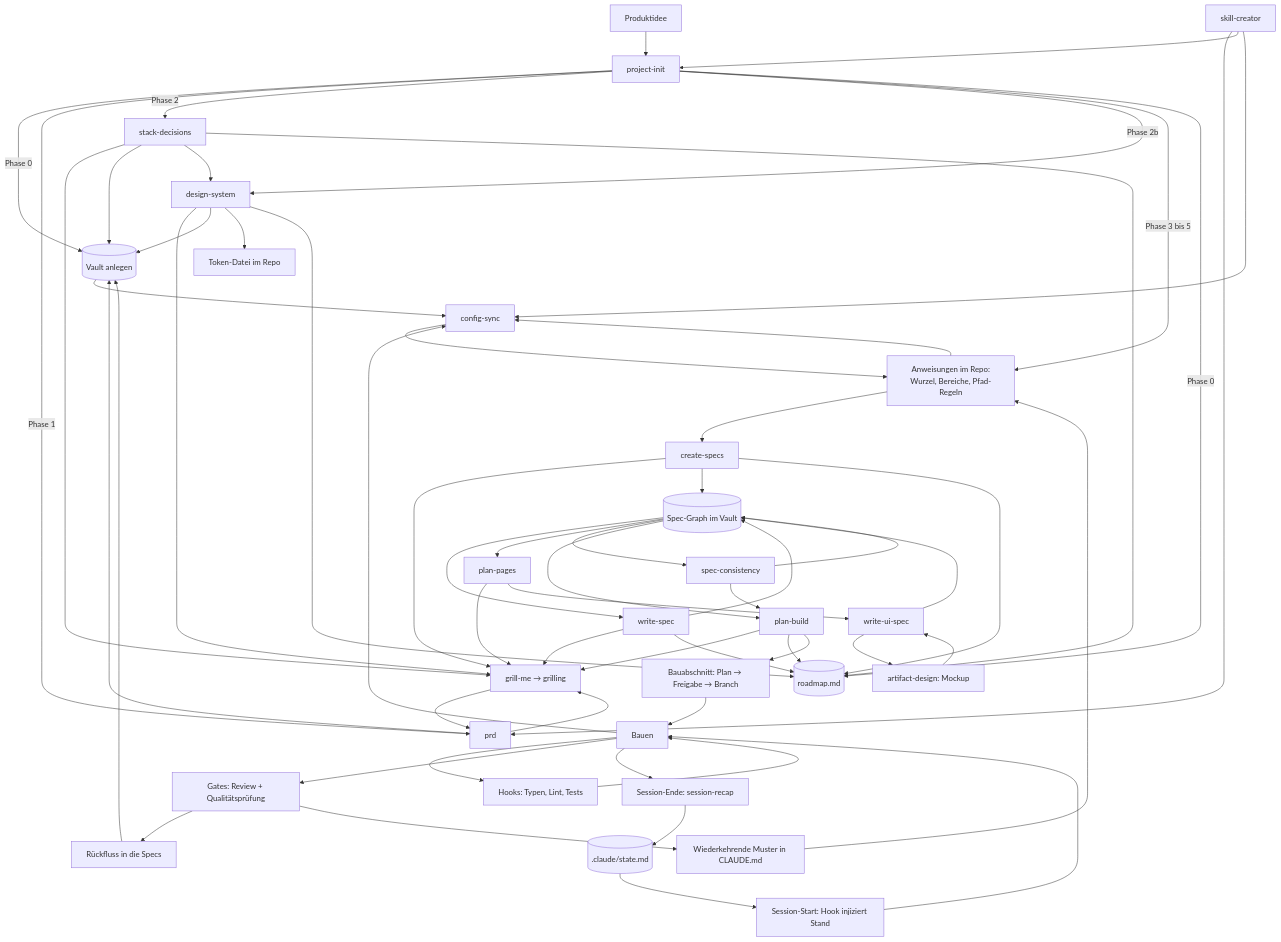
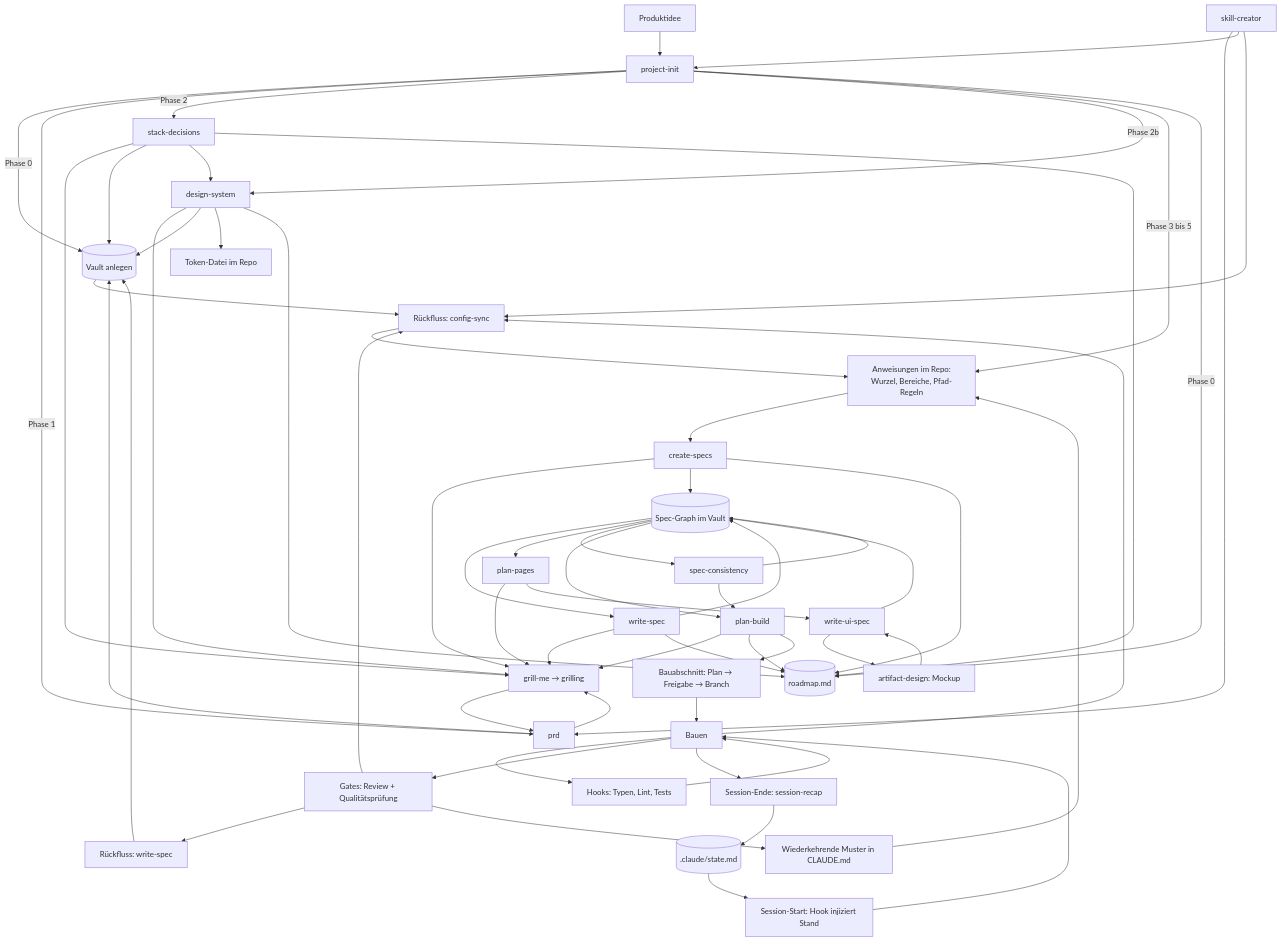
Before and after one commit to mxrius1706/Ai-Coding-Framework: the diagram in LOOP.md, drawn with Mermaid. The commit also changed other lines of this file and 3 other files, not shown here.

First line of the commit message:
config-sync: der Rueckweg, und er haengt am Phasenende

````diff
--- a/LOOP.md
+++ b/LOOP.md
@@ -25,65 +25,65 @@
 ```mermaid
 flowchart TD
     A[Produktidee] --> E[project-init]
     E -->|Phase 0| D[(Vault anlegen)]
     E -->|Phase 1| B[prd]
     B --> C[grill-me → grilling]
     C --> B
     B --> D
     E -->|Phase 2| S[stack-decisions]
     S --> C
     S --> D
     E -->|Phase 2b| DS[design-system]
     S --> DS
     DS --> C
     DS --> D
     DS --> TK[Token-Datei im Repo]
     E -->|Phase 3 bis 5| F[Anweisungen im Repo:<br/>Wurzel, Bereiche, Pfad-Regeln]
 
     F --> CS[create-specs]
     CS --> C
     CS --> SP[(Spec-Graph im Vault)]
     SP --> WS[write-spec]
     WS --> C
     WS --> SP
     SP --> PP[plan-pages]
     PP --> C
     PP --> UI[write-ui-spec]
     UI --> AD[artifact-design: Mockup]
     AD --> UI
     UI --> SP
     SP --> SC[spec-consistency]
     SC --> SP
     SC --> PB[plan-build]
     SP --> PB
     PB --> C
     PB --> RM
     PB --> G[Bauabschnitt: Plan → Freigabe → Branch]
     G --> H[Bauen]
     H --> I[Hooks: Typen, Lint, Tests]
     I --> H
     H --> J[Gates: Review + Qualitätsprüfung]
-    J --> K[Rückfluss in die Specs]
+    J --> K[Rückfluss: write-spec]
     K --> D
     J --> L[Wiederkehrende Muster in CLAUDE.md]
     L --> F
 
-    F --> M[config-sync]
+    J --> M[Rückfluss: config-sync]
     M --> F
+    H --> M
     D --> M
-    H --> M
 
     N[Session-Ende: session-recap] --> O[(.claude/state.md)]
     E -->|Phase 0| RM[(roadmap.md)]
     S --> RM
     DS --> RM
     CS --> RM
     WS --> RM
     O --> P[Session-Start: Hook injiziert Stand]
     P --> H
     H --> N
 
     Q[skill-creator] --> B
     Q --> E
     Q --> M
 ```
````
